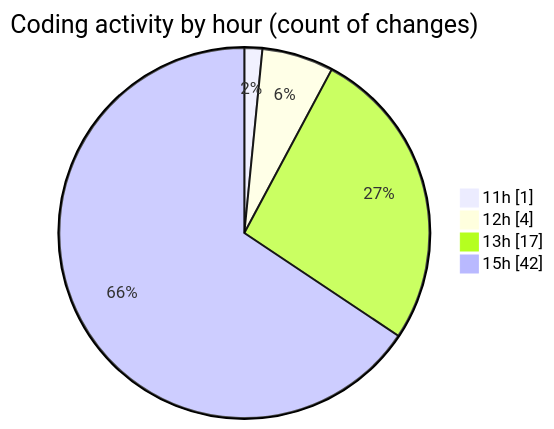
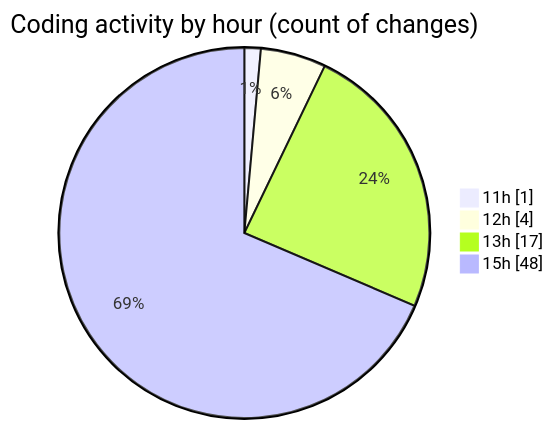
Before and after one commit to nxtqubesakshisongat/code-tracking: the second of 2 diagrams in 2025-09-28/nxtqube_webapp/README.md, drawn with Mermaid. The commit also changed other lines of this file and 1 other file, not shown here.

````diff
--- a/2025-09-28/nxtqube_webapp/README.md
+++ b/2025-09-28/nxtqube_webapp/README.md
@@ -32,8 +32,8 @@
 ```mermaid
 pie showData
 title Coding activity by hour (count of changes)
 "11h" : 1
 "12h" : 4
 "13h" : 17
-"15h" : 42
+"15h" : 48
 ```
````
